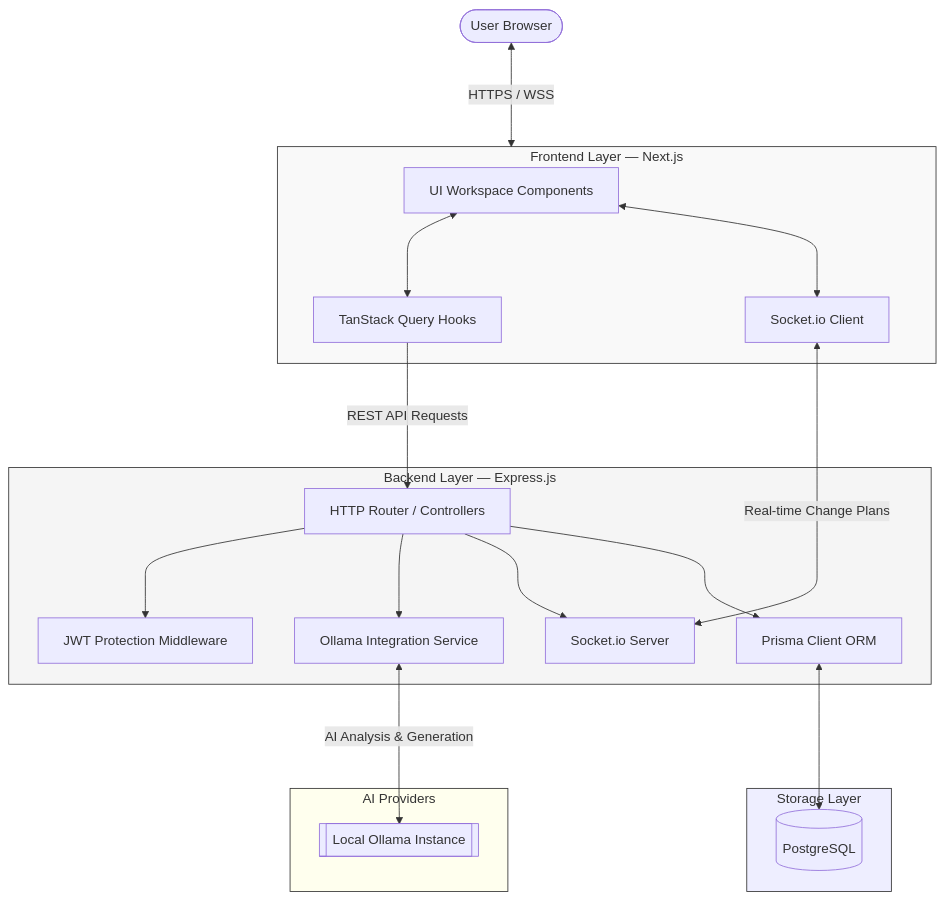
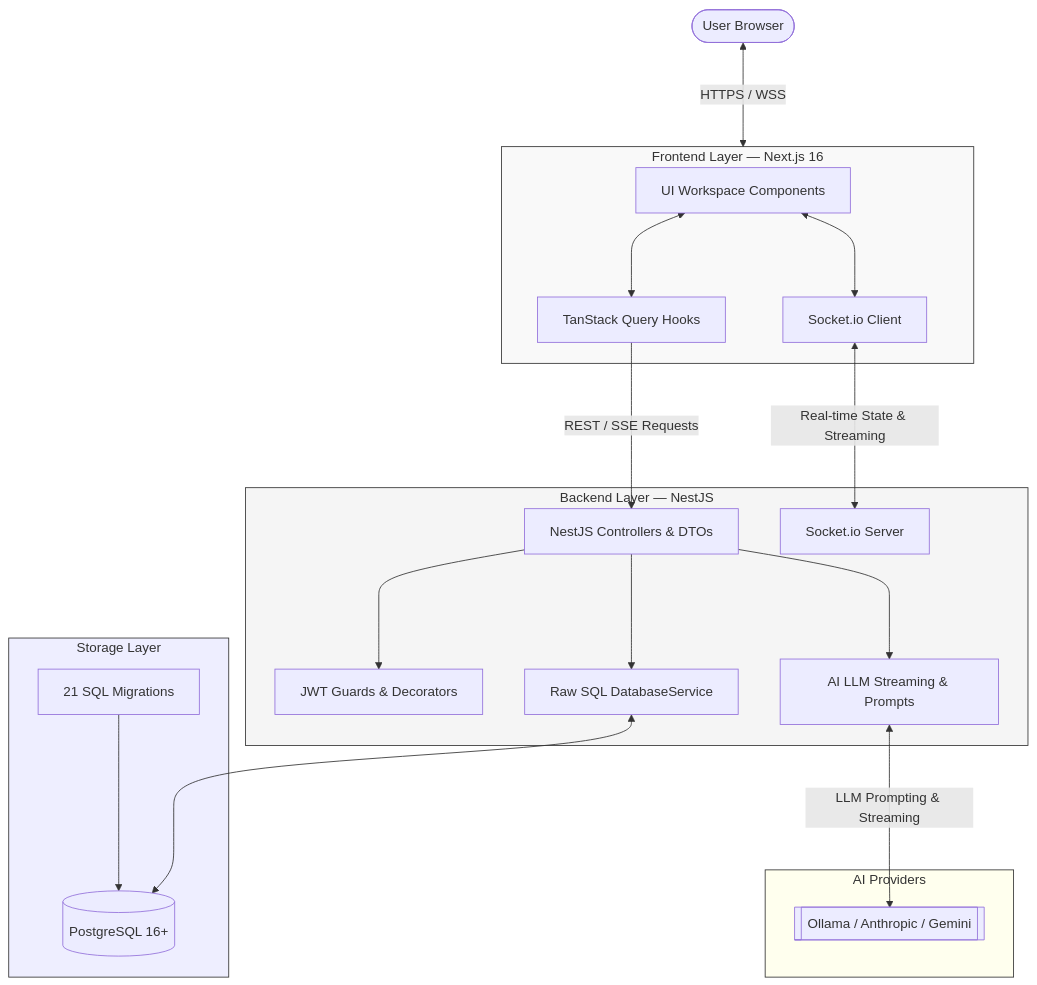
The first of 2 diagrams in README.md (ABDELRAHMAN-ELRAYES/PAD), drawn with Mermaid before and after one commit. The commit also changed other lines of this file and 3 other files, not shown here.

Commit message:
docs: update root, server, and module documentation for NestJS and raw SQL architecture

````diff
--- a/README.md
+++ b/README.md
@@ -52,43 +54,44 @@
 ```mermaid
 flowchart TD
     User([User Browser])
 
-    subgraph Client [Frontend Layer — Next.js]
+    subgraph Client [Frontend Layer — Next.js 16]
         UI[UI Workspace Components]
         TQ[TanStack Query Hooks]
         SIO_C[Socket.io Client]
     end
 
-    subgraph Server [Backend Layer — Express.js]
-        Router[HTTP Router / Controllers]
-        Auth[JWT Protection Middleware]
-        Ollama[Ollama Integration Service]
+    subgraph Server [Backend Layer — NestJS]
+        Controllers[NestJS Controllers & DTOs]
+        Auth[JWT Guards & Decorators]
+        AIService[AI LLM Streaming & Prompts]
         SIO_S[Socket.io Server]
-        Prisma[Prisma Client ORM]
+        DBService[Raw SQL DatabaseService]
     end
 
     subgraph External [AI Providers]
-        OllamaAPI[[Local Ollama Instance]]
+        LLMAPI[[Ollama / Anthropic / Gemini]]
     end
 
     subgraph Storage [Storage Layer]
-        DB[(PostgreSQL)]
+        DB[(PostgreSQL 16+)]
+        Migrations[21 SQL Migrations]
     end
 
     User <--->|"HTTPS / WSS"| Client
     UI <---> TQ
     UI <---> SIO_C
-    TQ --->|"REST API Requests"| Router
-    SIO_C <--->|"Real-time Change Plans"| SIO_S
-    Router ---> Auth
-    Router ---> Ollama
-    Router ---> SIO_S
-    Ollama <--->|"AI Analysis & Generation"| OllamaAPI
-    Router ---> Prisma
-    Prisma <---> DB
+    TQ --->|"REST / SSE Requests"| Controllers
+    SIO_C <--->|"Real-time State & Streaming"| SIO_S
+    Controllers ---> Auth
+    Controllers ---> AIService
+    Controllers ---> DBService
+    AIService <--->|"LLM Prompting & Streaming"| LLMAPI
+    DBService <---> DB
+    Migrations ---> DB
 
     style Client fill:#f9f9f9,stroke:#333
     style Server fill:#f5f5f5,stroke:#333
     style Storage fill:#eef,stroke:#333
     style External fill:#ffe,stroke:#333
 ```
````
